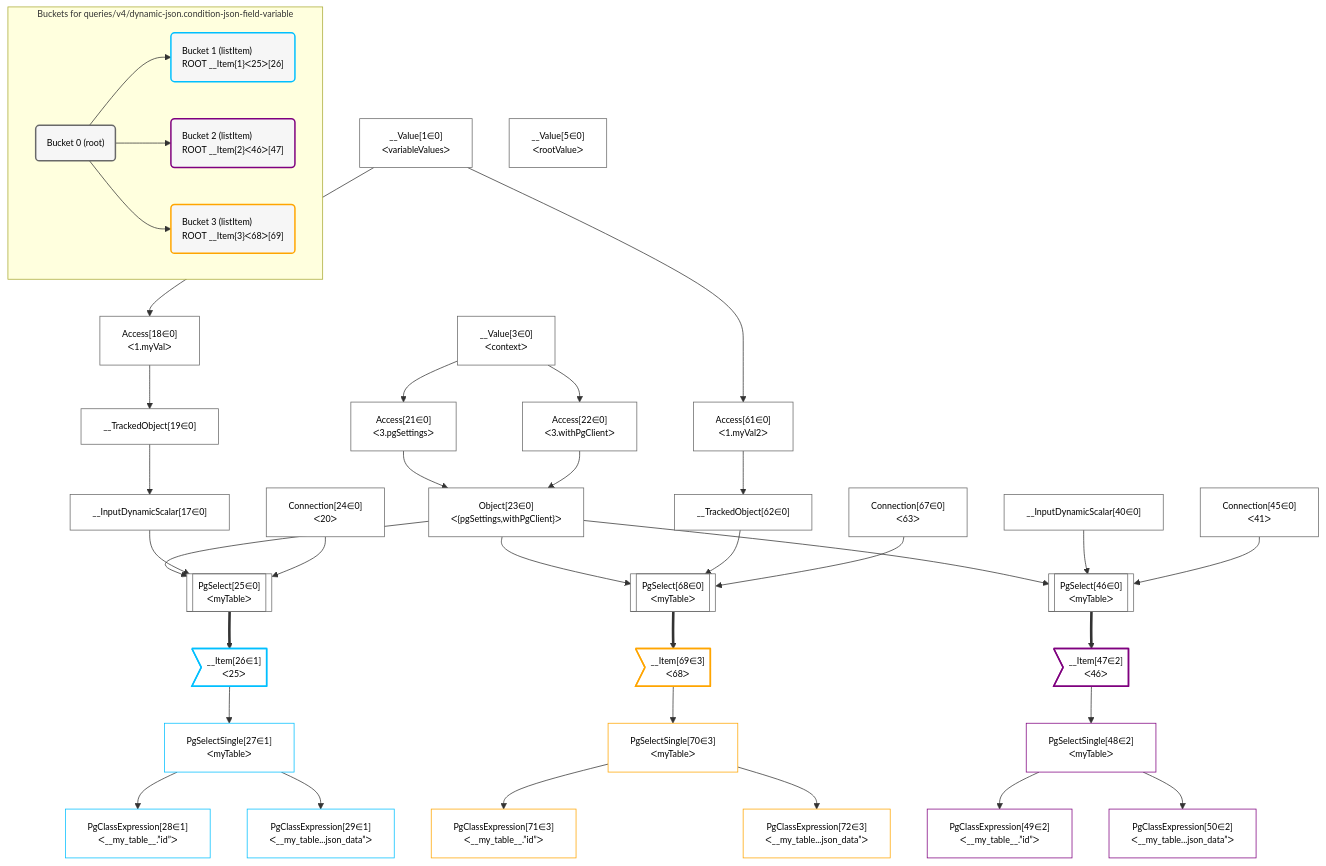
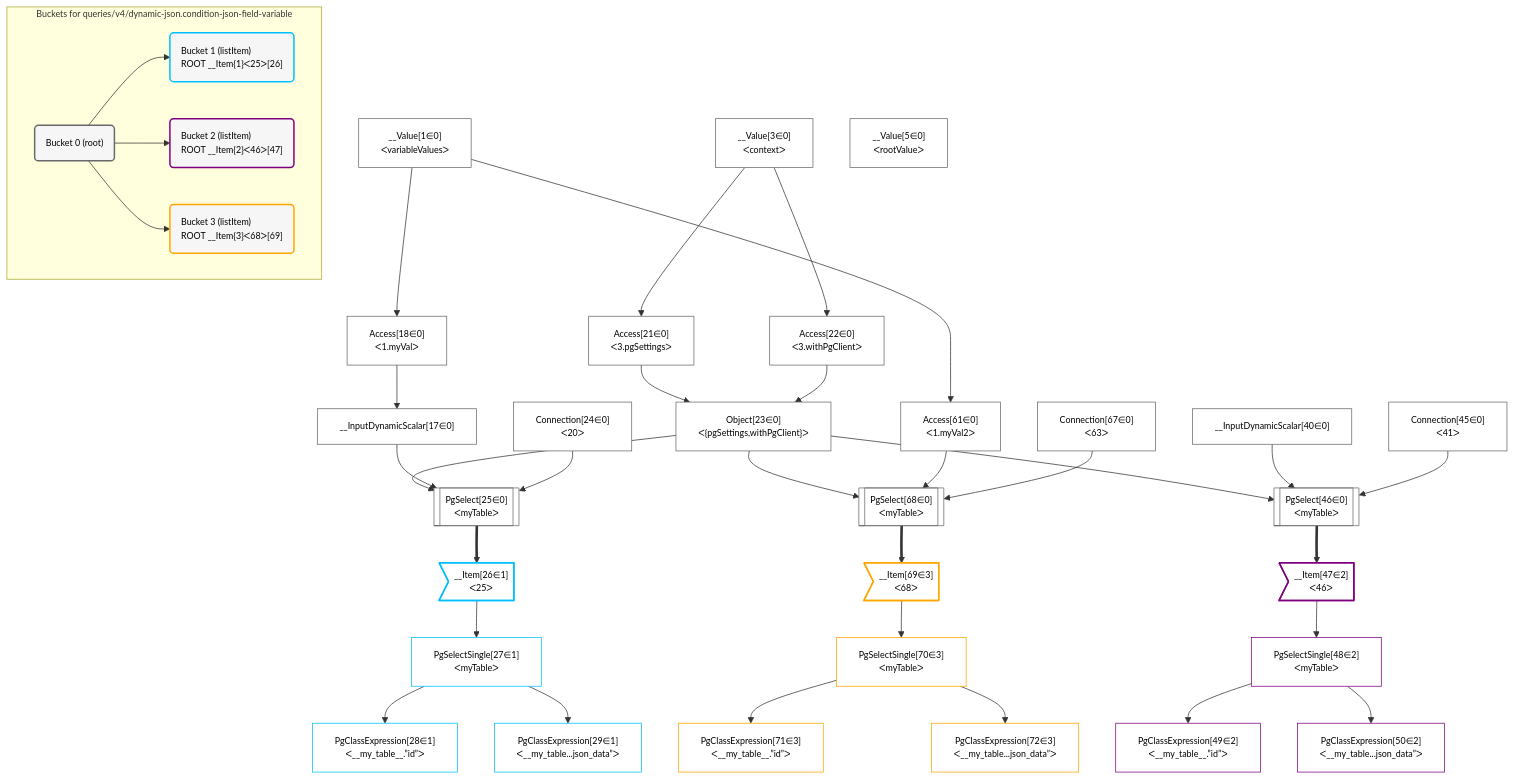
One commit to graphile/crystal changed the diagram in postgraphile/postgraphile/__tests__/queries/v4/dynamic-json.condition-json-field-variable.mermaid. Above: the diagram before and after it, drawn with Mermaid. The commit also changed 11 other files, not shown here.

Commit message:
Update mermaid plans

```diff
--- a/postgraphile/postgraphile/__tests__/queries/v4/dynamic-json.condition-json-field-variable.mermaid
+++ b/postgraphile/postgraphile/__tests__/queries/v4/dynamic-json.condition-json-field-variable.mermaid
@@ -1,81 +1,77 @@
 %%{init: {'themeVariables': { 'fontSize': '12px'}}}%%
 graph TD
     classDef path fill:#eee,stroke:#000,color:#000
     classDef plan fill:#fff,stroke-width:1px,color:#000
     classDef itemplan fill:#fff,stroke-width:2px,color:#000
     classDef sideeffectplan fill:#f00,stroke-width:2px,color:#000
     classDef bucket fill:#f6f6f6,color:#000,stroke-width:2px,text-align:left
 
 
     %% define steps
     __Value1["__Value[1∈0]<br />ᐸvariableValuesᐳ"]:::plan
     __Value3["__Value[3∈0]<br />ᐸcontextᐳ"]:::plan
     __Value5["__Value[5∈0]<br />ᐸrootValueᐳ"]:::plan
     Access18["Access[18∈0]<br />ᐸ1.myValᐳ"]:::plan
-    __TrackedObject19["__TrackedObject[19∈0]"]:::plan
     __InputDynamicScalar17["__InputDynamicScalar[17∈0]"]:::plan
     Access21["Access[21∈0]<br />ᐸ3.pgSettingsᐳ"]:::plan
     Access22["Access[22∈0]<br />ᐸ3.withPgClientᐳ"]:::plan
     Object23["Object[23∈0]<br />ᐸ{pgSettings,withPgClient}ᐳ"]:::plan
     Connection24["Connection[24∈0]<br />ᐸ20ᐳ"]:::plan
     PgSelect25[["PgSelect[25∈0]<br />ᐸmyTableᐳ"]]:::plan
     __Item26>"__Item[26∈1]<br />ᐸ25ᐳ"]:::itemplan
     PgSelectSingle27["PgSelectSingle[27∈1]<br />ᐸmyTableᐳ"]:::plan
     PgClassExpression28["PgClassExpression[28∈1]<br />ᐸ__my_table__.”id”ᐳ"]:::plan
     PgClassExpression29["PgClassExpression[29∈1]<br />ᐸ__my_table...json_data”ᐳ"]:::plan
     __InputDynamicScalar40["__InputDynamicScalar[40∈0]"]:::plan
     Connection45["Connection[45∈0]<br />ᐸ41ᐳ"]:::plan
     PgSelect46[["PgSelect[46∈0]<br />ᐸmyTableᐳ"]]:::plan
     __Item47>"__Item[47∈2]<br />ᐸ46ᐳ"]:::itemplan
     PgSelectSingle48["PgSelectSingle[48∈2]<br />ᐸmyTableᐳ"]:::plan
     PgClassExpression49["PgClassExpression[49∈2]<br />ᐸ__my_table__.”id”ᐳ"]:::plan
     PgClassExpression50["PgClassExpression[50∈2]<br />ᐸ__my_table...json_data”ᐳ"]:::plan
     Access61["Access[61∈0]<br />ᐸ1.myVal2ᐳ"]:::plan
-    __TrackedObject62["__TrackedObject[62∈0]"]:::plan
     Connection67["Connection[67∈0]<br />ᐸ63ᐳ"]:::plan
     PgSelect68[["PgSelect[68∈0]<br />ᐸmyTableᐳ"]]:::plan
     __Item69>"__Item[69∈3]<br />ᐸ68ᐳ"]:::itemplan
     PgSelectSingle70["PgSelectSingle[70∈3]<br />ᐸmyTableᐳ"]:::plan
     PgClassExpression71["PgClassExpression[71∈3]<br />ᐸ__my_table__.”id”ᐳ"]:::plan
     PgClassExpression72["PgClassExpression[72∈3]<br />ᐸ__my_table...json_data”ᐳ"]:::plan
 
     %% plan dependencies
     __Value1 --> Access18
-    Access18 --> __TrackedObject19
-    __TrackedObject19 --> __InputDynamicScalar17
+    Access18 --> __InputDynamicScalar17
     __Value3 --> Access21
     __Value3 --> Access22
     Access21 & Access22 --> Object23
     Object23 & __InputDynamicScalar17 & Connection24 --> PgSelect25
     PgSelect25 ==> __Item26
     __Item26 --> PgSelectSingle27
     PgSelectSingle27 --> PgClassExpression28
     PgSelectSingle27 --> PgClassExpression29
     Object23 & __InputDynamicScalar40 & Connection45 --> PgSelect46
     PgSelect46 ==> __Item47
     __Item47 --> PgSelectSingle48
     PgSelectSingle48 --> PgClassExpression49
     PgSelectSingle48 --> PgClassExpression50
     __Value1 --> Access61
-    Access61 --> __TrackedObject62
-    Object23 & __TrackedObject62 & Connection67 --> PgSelect68
+    Object23 & Access61 & Connection67 --> PgSelect68
     PgSelect68 ==> __Item69
     __Item69 --> PgSelectSingle70
     PgSelectSingle70 --> PgClassExpression71
     PgSelectSingle70 --> PgClassExpression72
 
     subgraph "Buckets for queries/v4/dynamic-json.condition-json-field-variable"
     Bucket0("Bucket 0 (root)"):::bucket
     classDef bucket0 stroke:#696969
-    class Bucket0,__Value1,__Value3,__Value5,__InputDynamicScalar17,Access18,__TrackedObject19,Access21,Access22,Object23,Connection24,PgSelect25,__InputDynamicScalar40,Connection45,PgSelect46,Access61,__TrackedObject62,Connection67,PgSelect68 bucket0
+    class Bucket0,__Value1,__Value3,__Value5,__InputDynamicScalar17,Access18,Access21,Access22,Object23,Connection24,PgSelect25,__InputDynamicScalar40,Connection45,PgSelect46,Access61,Connection67,PgSelect68 bucket0
     Bucket1("Bucket 1 (listItem)<br />ROOT __Item{1}ᐸ25ᐳ[26]"):::bucket
     classDef bucket1 stroke:#00bfff
     class Bucket1,__Item26,PgSelectSingle27,PgClassExpression28,PgClassExpression29 bucket1
     Bucket2("Bucket 2 (listItem)<br />ROOT __Item{2}ᐸ46ᐳ[47]"):::bucket
     classDef bucket2 stroke:#7f007f
     class Bucket2,__Item47,PgSelectSingle48,PgClassExpression49,PgClassExpression50 bucket2
     Bucket3("Bucket 3 (listItem)<br />ROOT __Item{3}ᐸ68ᐳ[69]"):::bucket
     classDef bucket3 stroke:#ffa500
     class Bucket3,__Item69,PgSelectSingle70,PgClassExpression71,PgClassExpression72 bucket3
     Bucket0 --> Bucket1 & Bucket2 & Bucket3
     end
```
